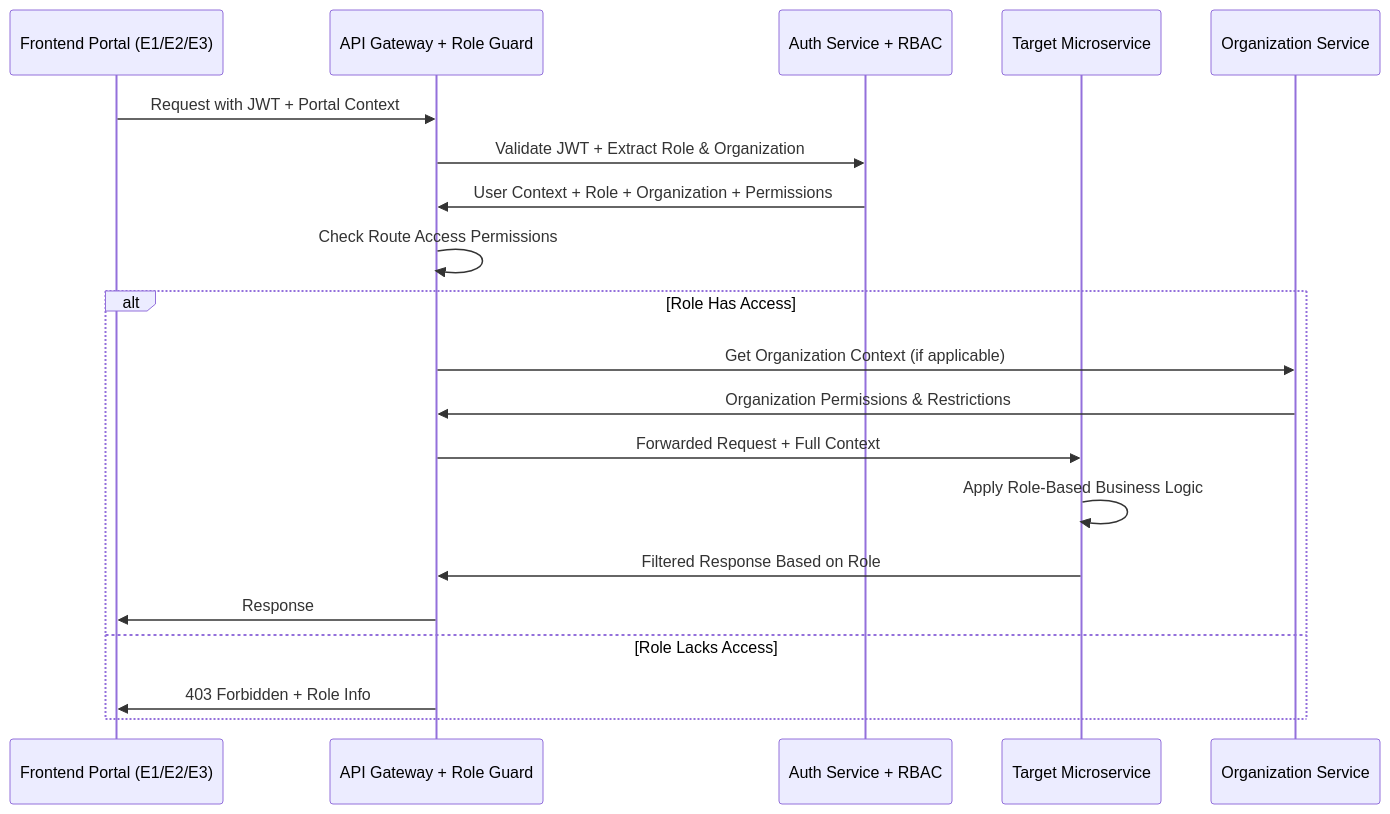
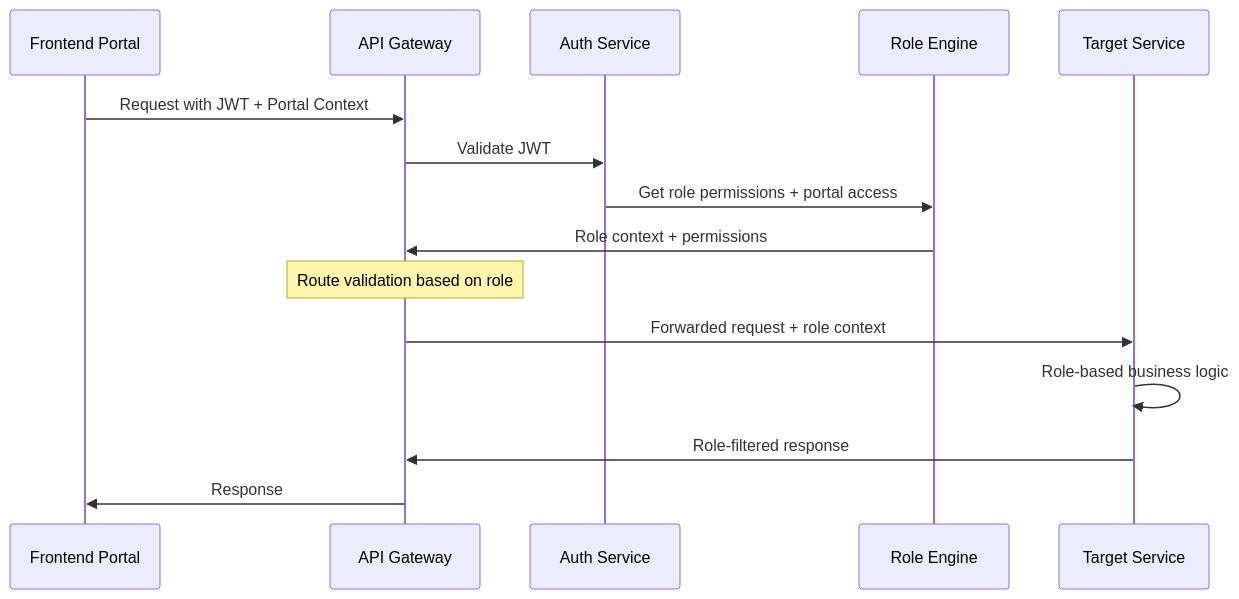
One commit to Game-Triggers/prototype changed the diagram in docs/MICROSERVICES_PORTAL_MAPPING.md. Above: the diagram before and after it, drawn with Mermaid. The commit also changed other lines of this file and 10 other files, not shown here.

First line of the commit message:
feat: Implement Eureka Roles & Schema Integration

````diff
--- a/docs/MICROSERVICES_PORTAL_MAPPING.md
+++ b/docs/MICROSERVICES_PORTAL_MAPPING.md
@@ -426,23 +375,18 @@
 ```mermaid
 sequenceDiagram
-    participant Portal as Frontend Portal (E1/E2/E3)
-    participant Gateway as API Gateway + Role Guard
-    participant Auth as Auth Service + RBAC
-    participant Service as Target Microservice
-    participant OrgService as Organization Service
+    participant Portal as Frontend Portal
+    participant Gateway as API Gateway
+    participant Auth as Auth Service
+    participant RBAC as Role Engine
+    participant Service as Target Service
     
     Portal->>Gateway: Request with JWT + Portal Context
-    Gateway->>Auth: Validate JWT + Extract Role & Organization
-    Auth->>Gateway: User Context + Role + Organization + Permissions
-    Gateway->>Gateway: Check Route Access Permissions
-    alt Role Has Access
-        Gateway->>OrgService: Get Organization Context (if applicable)
-        OrgService->>Gateway: Organization Permissions & Restrictions
-        Gateway->>Service: Forwarded Request + Full Context
-        Service->>Service: Apply Role-Based Business Logic
-        Service->>Gateway: Filtered Response Based on Role
-        Gateway->>Portal: Response
-    else Role Lacks Access
-        Gateway->>Portal: 403 Forbidden + Role Info
-    end
+    Gateway->>Auth: Validate JWT
+    Auth->>RBAC: Get role permissions + portal access
+    RBAC->>Gateway: Role context + permissions
+    Note over Gateway: Route validation based on role
+    Gateway->>Service: Forwarded request + role context
+    Service->>Service: Role-based business logic
+    Service->>Gateway: Role-filtered response
+    Gateway->>Portal: Response
 ```
````
